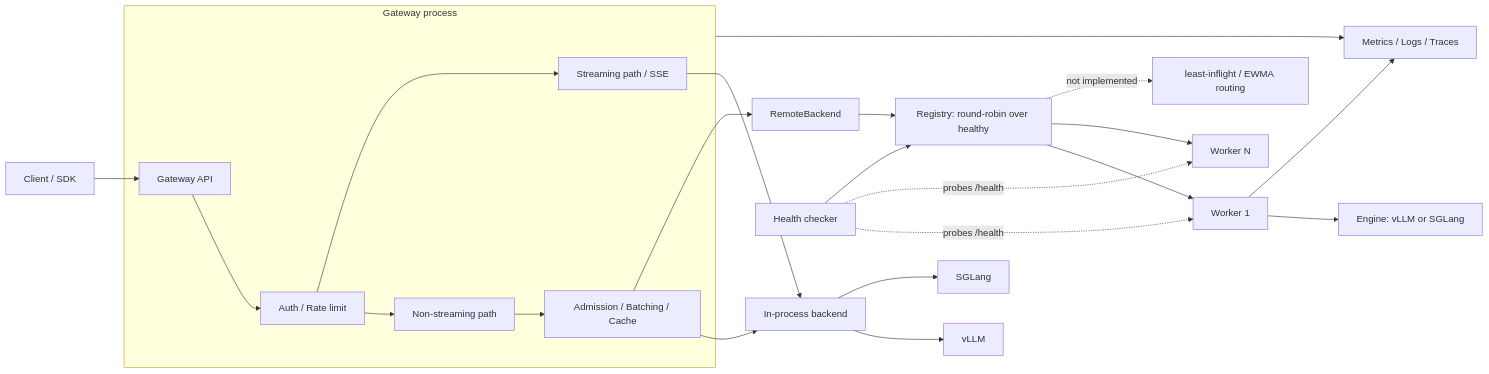
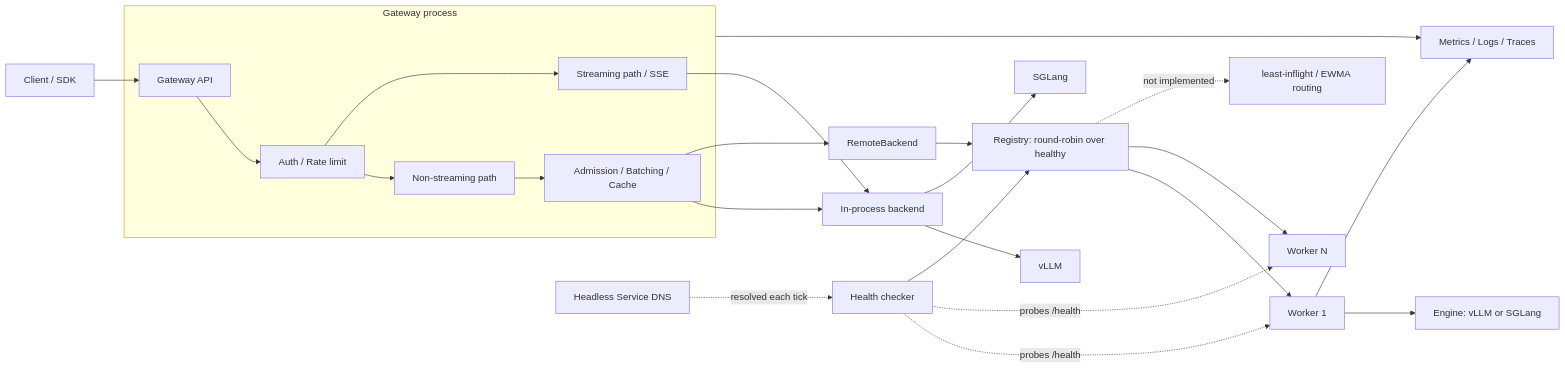
One commit to Kare0638/V-Gate changed the diagram in README.md. Above: the diagram before and after it, drawn with Mermaid. The commit also changed other lines of this file and 15 other files, not shown here.

````diff
--- a/README.md
+++ b/README.md
@@ -53,31 +53,32 @@
 ```mermaid
 flowchart LR
     Client[Client / SDK] --> API[Gateway API]
 
     subgraph GW[Gateway process]
         API --> Sec[Auth / Rate limit]
         Sec --> NonStream[Non-streaming path]
         Sec --> Stream[Streaming path / SSE]
         NonStream --> Batcher[Admission / Batching / Cache]
     end
 
     Batcher --> Local[In-process backend]
     Stream --> Local
     Local --> VLLM[vLLM]
     Local --> SGLang[SGLang]
 
     Batcher --> Remote[RemoteBackend]
     Remote --> Registry[Registry: round-robin over healthy]
     Registry --> W1[Worker 1]
     Registry --> W2[Worker N]
     HC[Health checker] -. probes /health .-> W1
     HC -. probes /health .-> W2
     HC --> Registry
+    DNS[Headless Service DNS] -. resolved each tick .-> HC
 
     W1 --> WEngine[Engine: vLLM or SGLang]
 
     Registry -. not implemented .-> LI[least-inflight / EWMA routing]
 
     GW --> Obs[Metrics / Logs / Traces]
     W1 --> Obs
 ```
````
